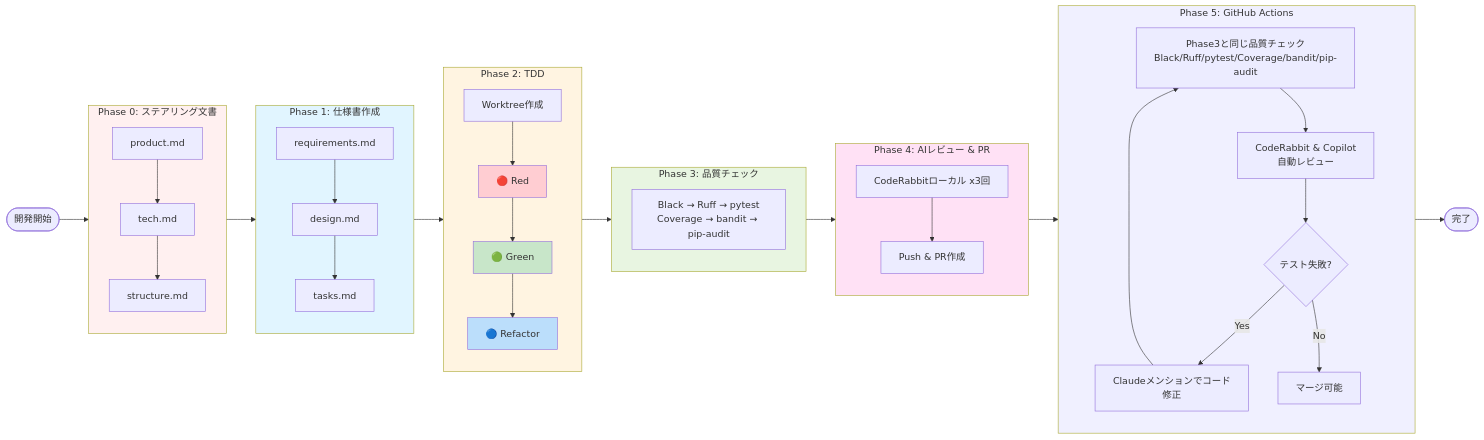
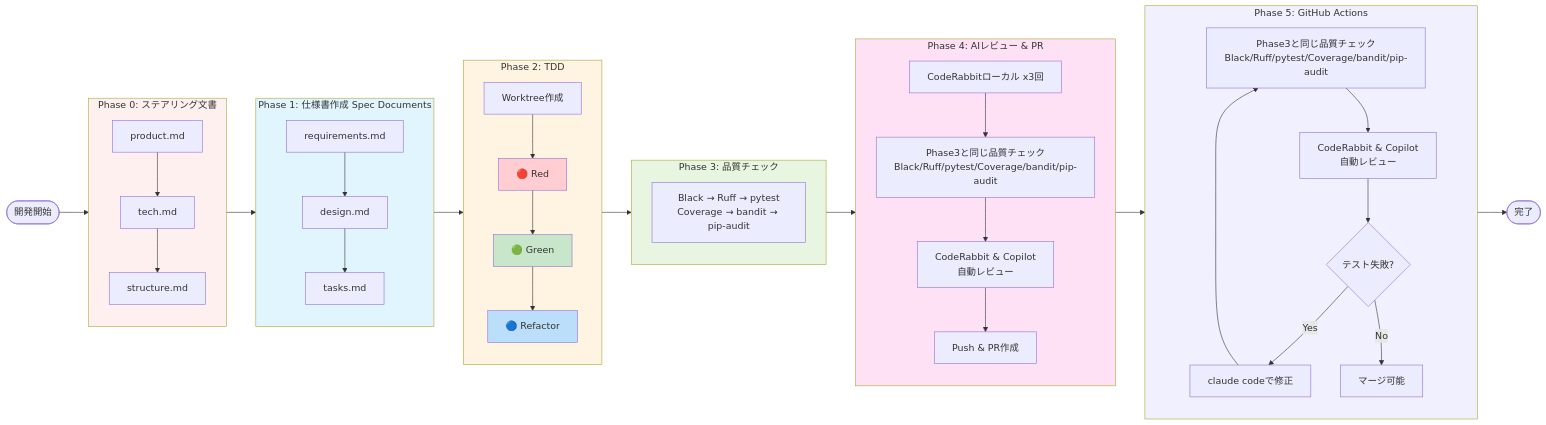
One commit to penpon/fairy changed the diagram in workflow.md. Above: the diagram before and after it, drawn with Mermaid. The commit also changed other lines of this file, not shown here.

````diff
--- a/workflow.md
+++ b/workflow.md
@@ -5,60 +5,60 @@
 ```mermaid
 flowchart LR
     Start([開発開始]) --> P0
 
     subgraph P0[Phase 0: ステアリング文書]
         direction TB
         Product[product.md] --> Tech[tech.md] --> Structure[structure.md]
     end
 
     P0 --> P1
 
-    subgraph P1[Phase 1: 仕様書作成]
+    subgraph P1[Phase 1: 仕様書作成 Spec Documents]
         direction TB
         Req[requirements.md] --> Design[design.md] --> Tasks[tasks.md]
     end
 
     P1 --> P2
 
     subgraph P2[Phase 2: TDD]
         direction TB
         Worktree[Worktree作成] --> Red[🔴 Red] --> Green[🟢 Green] --> Refactor[🔵 Refactor]
     end
 
     P2 --> P3
 
     subgraph P3[Phase 3: 品質チェック]
         direction TB
         QC[Black → Ruff → pytest<br/>Coverage → bandit → pip-audit]
     end
 
     P3 --> P4
 
     subgraph P4[Phase 4: AIレビュー & PR]
         direction TB
-        CR[CodeRabbitローカル x3回] --> Push[Push & PR作成]
+        CR[CodeRabbitローカル x3回] --> P4_QC[Phase3と同じ品質チェック<br/>Black/Ruff/pytest/Coverage/bandit/pip-audit] --> P4_Review[CodeRabbit & Copilot<br/>自動レビュー] --> Push[Push & PR作成]
     end
 
     P4 --> P5
 
     subgraph P5[Phase 5: GitHub Actions]
         direction TB
-        GH_Test[Phase3と同じ品質チェック<br/>Black/Ruff/pytest/Coverage/bandit/pip-audit] --> GH_Review[CodeRabbit & Copilot<br/>自動レビュー]
-        GH_Review --> GH_Fix{テスト失敗?}
-        GH_Fix -->|Yes| GH_Claude[Claudeメンションでコード修正]
-        GH_Claude --> GH_Test
-        GH_Fix -->|No| GH_Merge[マージ可能]
+        P5_Test[Phase3と同じ品質チェック<br/>Black/Ruff/pytest/Coverage/bandit/pip-audit] --> P5_Review[CodeRabbit & Copilot<br/>自動レビュー]
+        P5_Review --> P5_Fix{テスト失敗?}
+        P5_Fix -->|Yes| P5_Claude[claude codeで修正]
+        P5_Claude --> P5_Test
+        P5_Fix -->|No| P5_Merge[マージ可能]
     end
 
     P5 --> End([完了])
 
     style P0 fill:#fff0f0
     style P1 fill:#e1f5ff
     style P2 fill:#fff4e1
     style P3 fill:#e8f5e1
     style P4 fill:#ffe1f5
     style P5 fill:#f0f0ff
     style Red fill:#ffcdd2
     style Green fill:#c8e6c9
     style Refactor fill:#bbdefb
 ```
````
